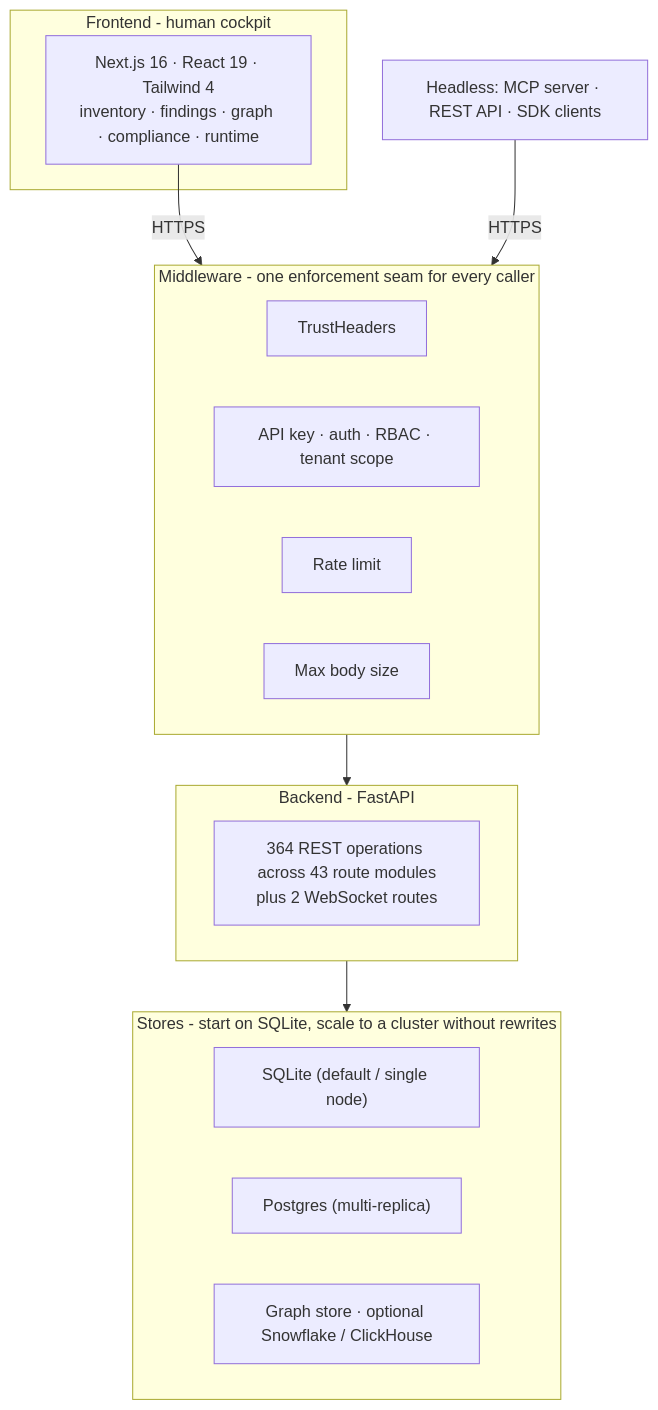
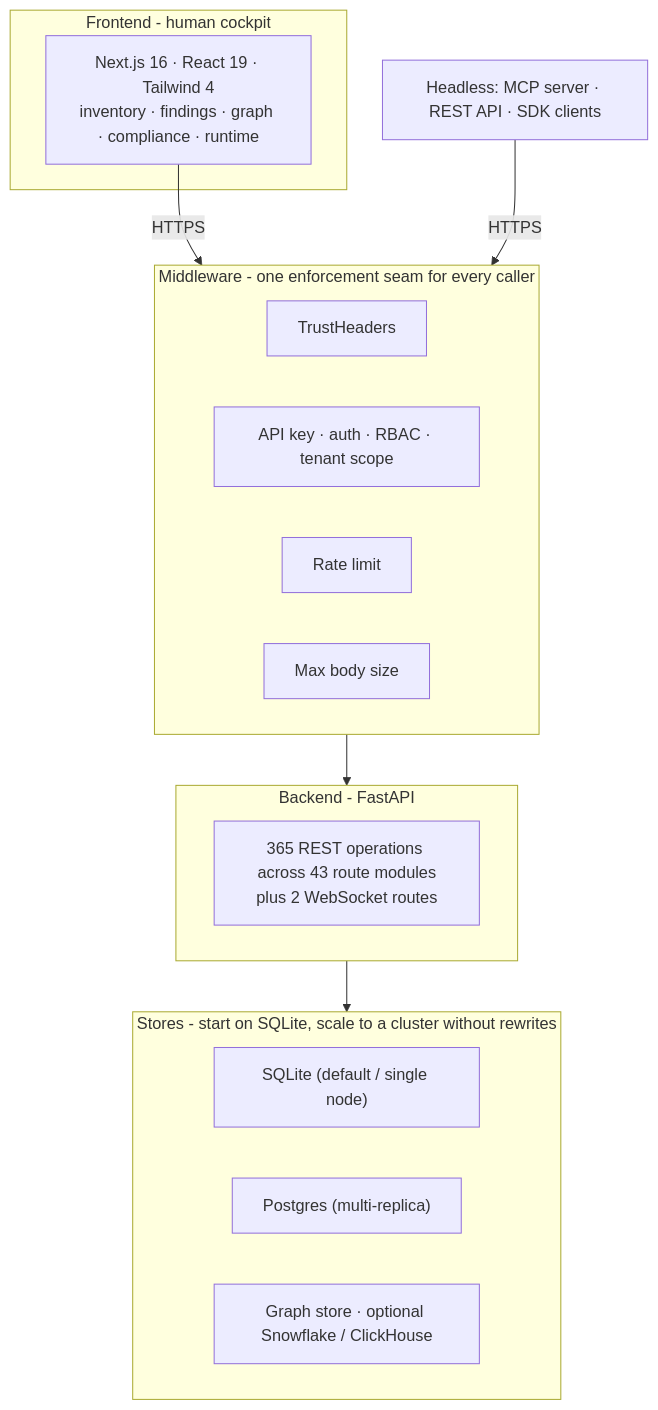
One commit to msaad00/agent-bom changed the fourth of 9 diagrams in docs/ARCHITECTURE.md. Above: the diagram before and after it, drawn with Mermaid. The commit also changed 4 other files, not shown here.

````diff
--- a/docs/ARCHITECTURE.md
+++ b/docs/ARCHITECTURE.md
@@ -146,27 +146,27 @@
 ```mermaid
 flowchart TB
     subgraph FE["Frontend - human cockpit"]
         UI["Next.js 16 · React 19 · Tailwind 4\ninventory · findings · graph · compliance · runtime"]
     end
     subgraph MW["Middleware - one enforcement seam for every caller"]
         M1["TrustHeaders"]
         M2["API key · auth · RBAC · tenant scope"]
         M3["Rate limit"]
         M4["Max body size"]
     end
     subgraph BE["Backend - FastAPI"]
-        R["364 REST operations across 43 route modules
+        R["365 REST operations across 43 route modules
 plus 2 WebSocket routes"]
     end
     subgraph ST["Stores - start on SQLite, scale to a cluster without rewrites"]
         S1["SQLite (default / single node)"]
         S2["Postgres (multi-replica)"]
         S3["Graph store · optional Snowflake / ClickHouse"]
     end
 
     EXTAGENT["Headless: MCP server · REST API · SDK clients"]
 
     UI -->|HTTPS| MW
     EXTAGENT -->|HTTPS| MW
     MW --> BE --> ST
 ```
````
